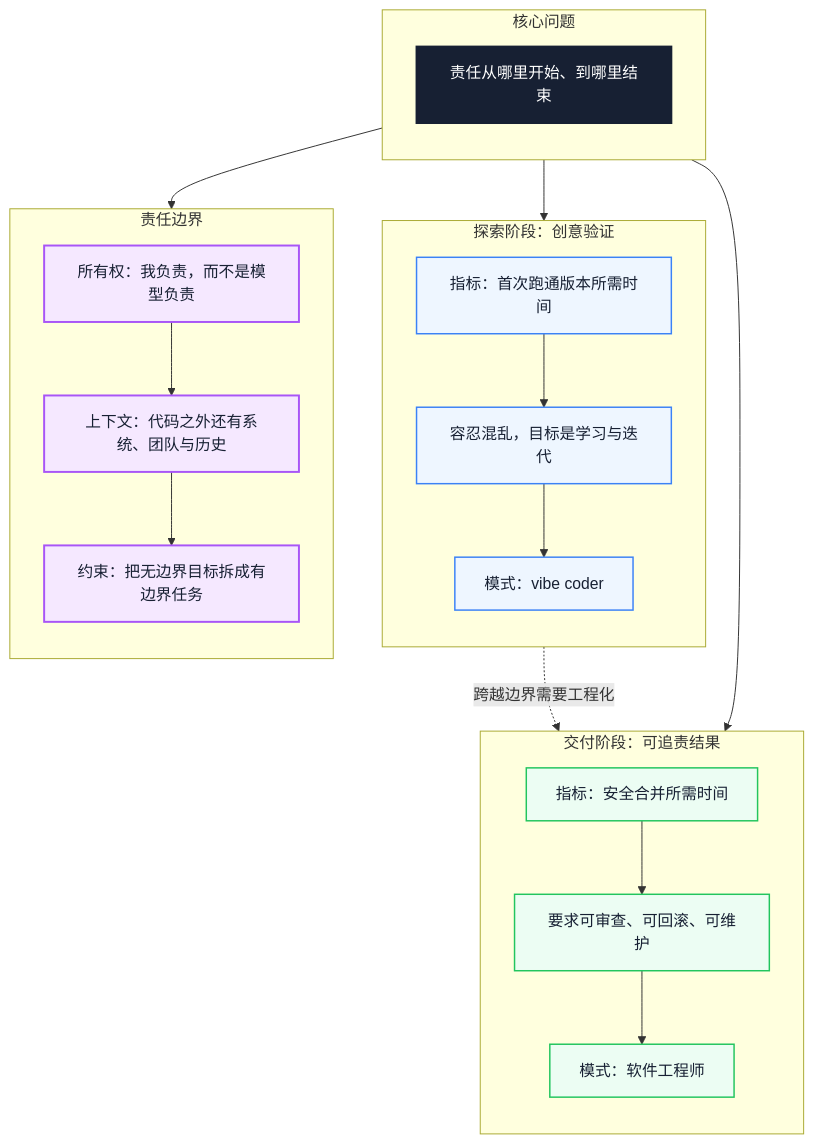
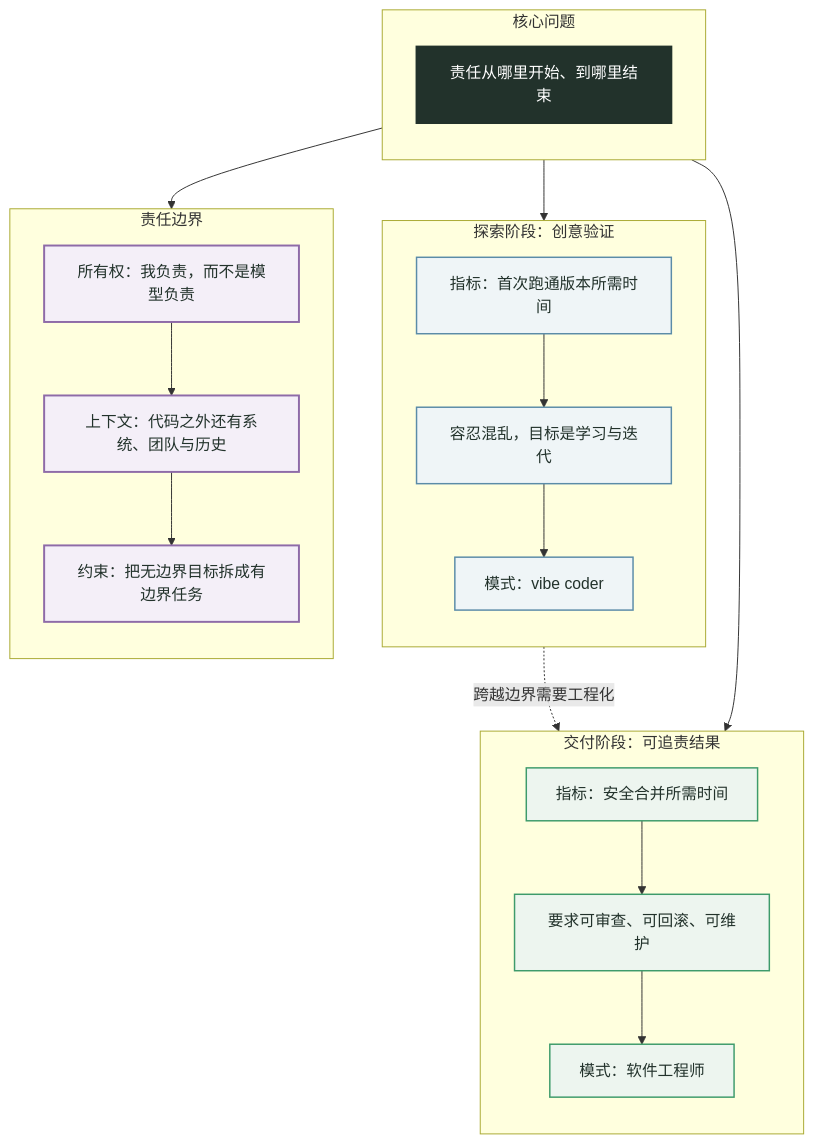
One commit to Fatejian/frontier-vault changed the diagram in docs/career/vibe-coder-vs-software-engineer.md. Above: the diagram before and after it, drawn with Mermaid. The commit also changed 63 other files, not shown here.

````diff
--- a/docs/career/vibe-coder-vs-software-engineer.md
+++ b/docs/career/vibe-coder-vs-software-engineer.md
@@ -140,47 +140,47 @@
 ```mermaid
 flowchart TB
     subgraph CORE["核心问题"]
         direction TB
         C["责任从哪里开始、到哪里结束"]
     end
 
     subgraph EXPLORE["探索阶段：创意验证"]
         direction TB
         E1["指标：首次跑通版本所需时间"]
         E2["容忍混乱，目标是学习与迭代"]
         E3["模式：vibe coder"]
     end
 
     subgraph DELIVER["交付阶段：可追责结果"]
         direction TB
         D1["指标：安全合并所需时间"]
         D2["要求可审查、可回滚、可维护"]
         D3["模式：软件工程师"]
     end
 
     subgraph BOUNDARY["责任边界"]
         direction TB
         B1["所有权：我负责，而不是模型负责"]
         B2["上下文：代码之外还有系统、团队与历史"]
         B3["约束：把无边界目标拆成有边界任务"]
     end
 
     C --> E1
     C --> D1
     C --> B1
     E1 --> E2 --> E3
     D1 --> D2 --> D3
     B1 --> B2 --> B3
     E3 -.->|"跨越边界需要工程化"| D3
 
-    classDef core fill:#172033,color:#fff,stroke:#172033,stroke-width:2px
-    classDef wait fill:#EEF6FF,stroke:#3B82F6,color:#172033,stroke-width:1.5px
-    classDef block fill:#FFF7E6,stroke:#F59E0B,color:#172033,stroke-width:1.5px
-    classDef work fill:#ECFDF3,stroke:#22C55E,color:#172033,stroke-width:1.5px
-    classDef metric fill:#F5E8FF,stroke:#A855F7,color:#172033,stroke-width:2px
+    classDef core fill:#22322B,color:#fff,stroke:#22322B,stroke-width:2px
+    classDef wait fill:#EFF5F7,stroke:#5B8CA8,color:#22322B,stroke-width:1.5px
+    classDef block fill:#FBF5EA,stroke:#B27B2C,color:#22322B,stroke-width:1.5px
+    classDef work fill:#EDF5EF,stroke:#3E9B6B,color:#22322B,stroke-width:1.5px
+    classDef metric fill:#F4EFF8,stroke:#8E6BA8,color:#22322B,stroke-width:2px
 
     class C core
     class E1,E2,E3 wait
     class D1,D2,D3 work
     class B1,B2,B3 metric
 ```
````
